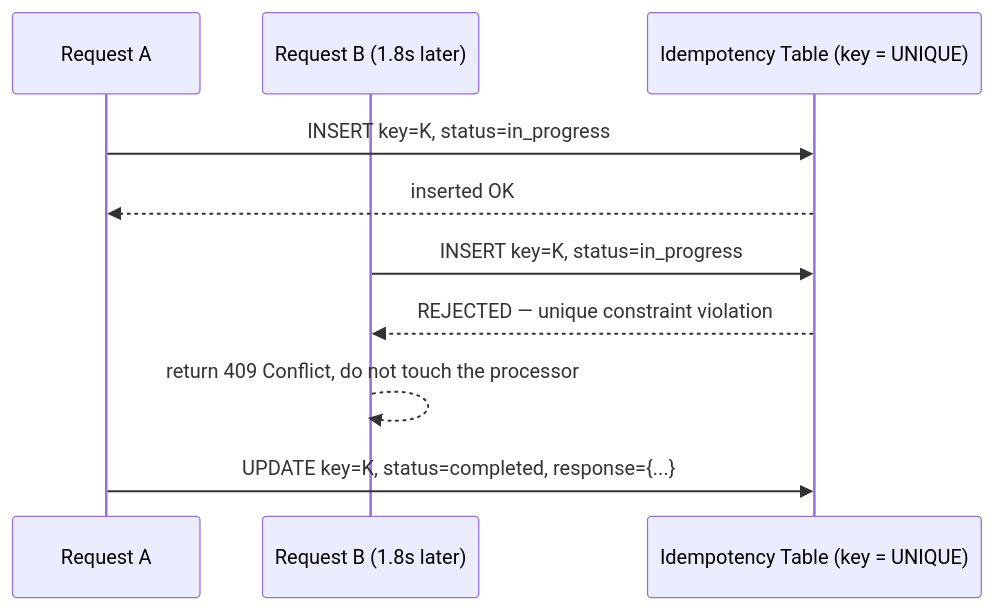
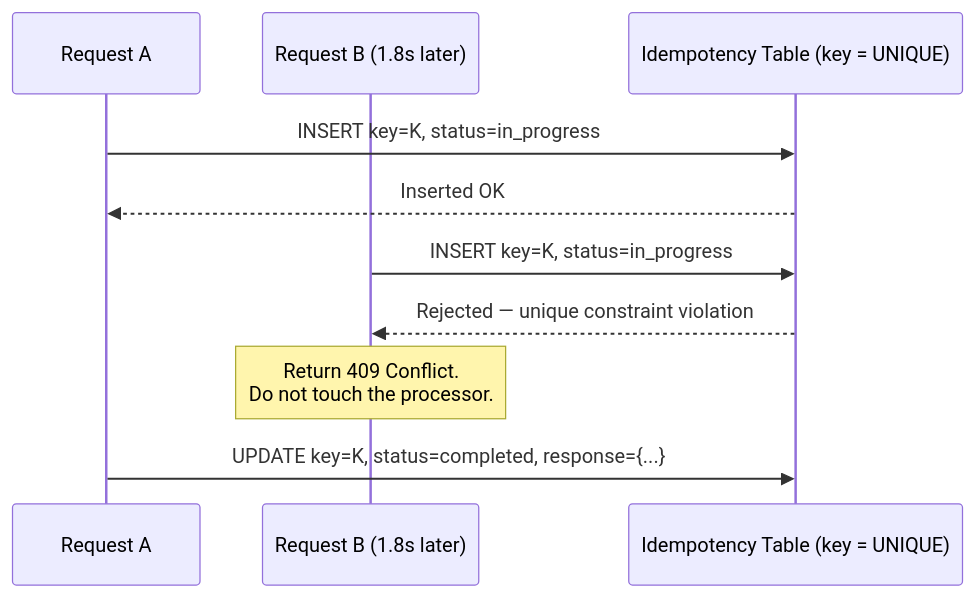
Before and after one commit to riyaz-pasha/Learnings: the third of 13 diagrams in system-design/HLD/0-course/41-Design-a-Payment-System-FAANG-Guide-story.md, drawn with Mermaid. The commit also changed other lines of this file and 1 other file, not shown here.

Commit message:
[REWRITE] Payment System story guide: simplify prose, add structure, fix diagrams

````diff
--- a/system-design/HLD/0-course/41-Design-a-Payment-System-FAANG-Guide-story.md
+++ b/system-design/HLD/0-course/41-Design-a-Payment-System-FAANG-Guide-story.md
@@ -68,13 +182,13 @@
 ```mermaid
 sequenceDiagram
     participant A as Request A
     participant B as Request B (1.8s later)
     participant Store as Idempotency Table (key = UNIQUE)
 
     A->>Store: INSERT key=K, status=in_progress
-    Store-->>A: inserted OK
+    Store-->>A: Inserted OK
     B->>Store: INSERT key=K, status=in_progress
-    Store-->>B: REJECTED — unique constraint violation
-    B-->>B: return 409 Conflict, do not touch the processor
+    Store-->>B: Rejected — unique constraint violation
+    Note over B: Return 409 Conflict.<br/>Do not touch the processor.
     A->>Store: UPDATE key=K, status=completed, response={...}
 ```
````
